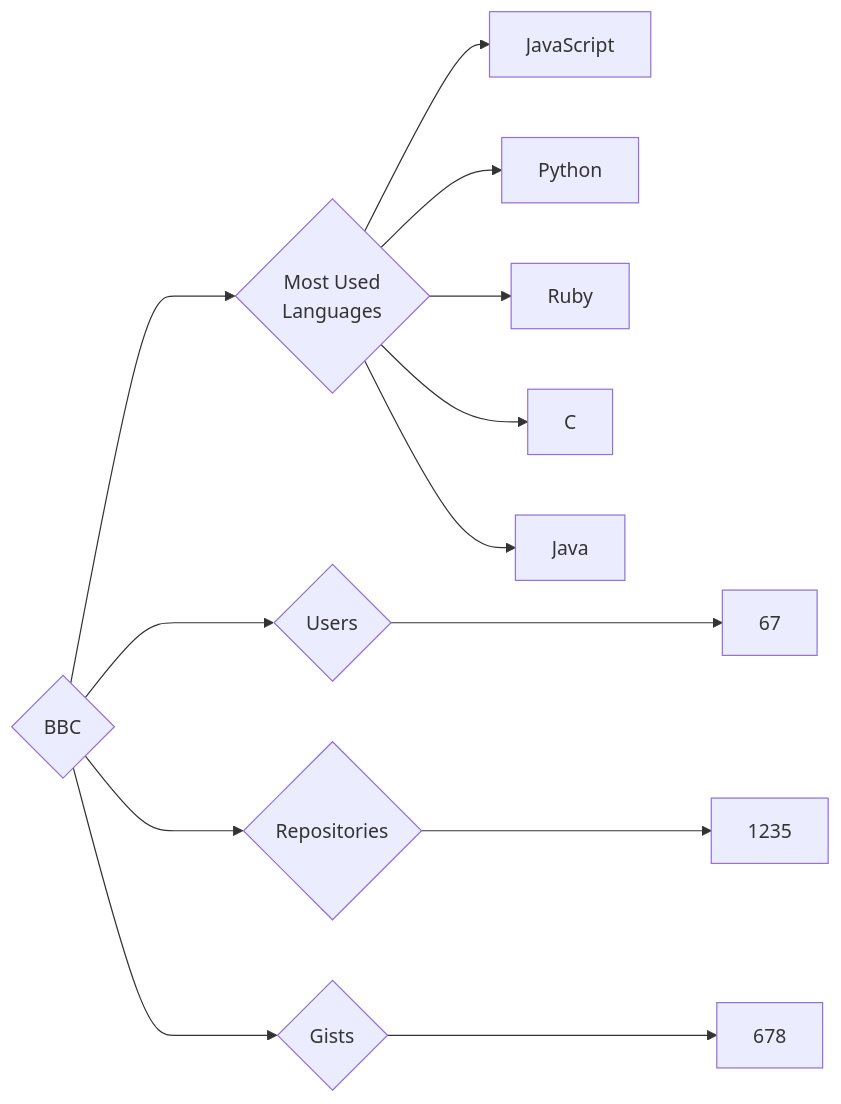
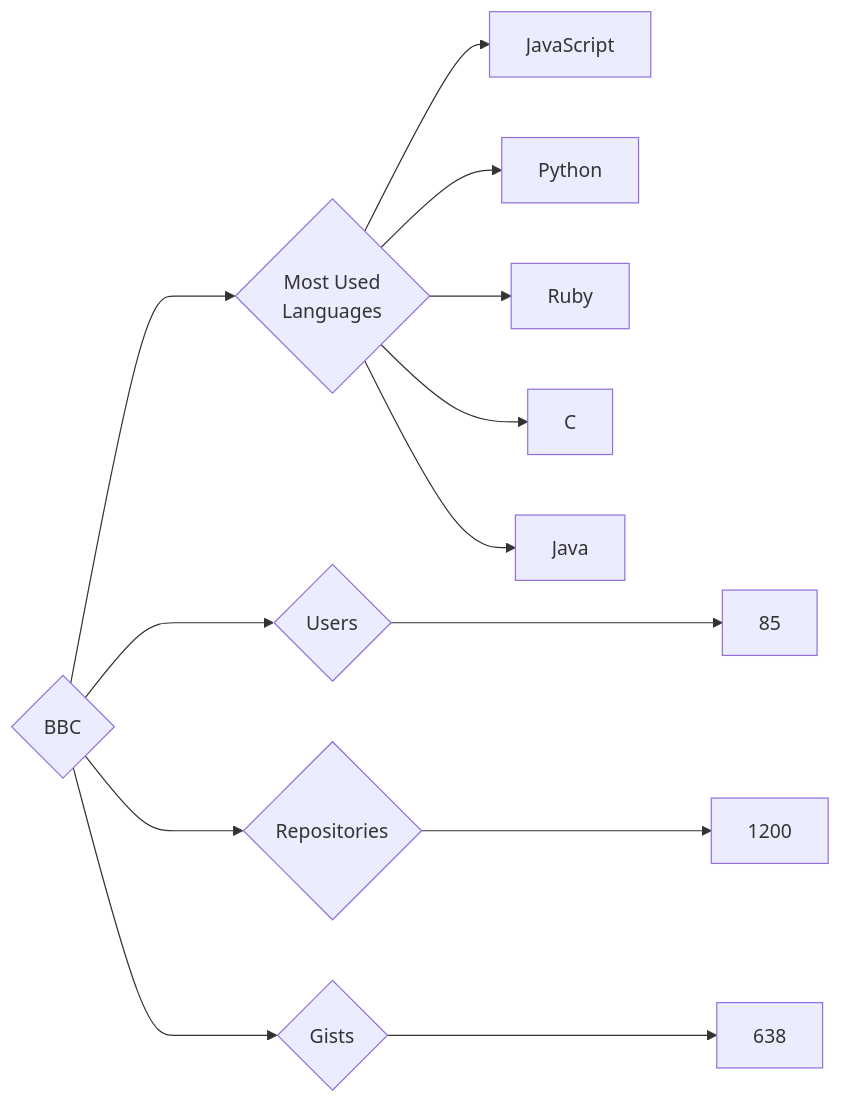
Before and after one commit to trickest/insiders: the diagram in targets/BBC/README.md, drawn with Mermaid. The commit also changed 944 other files, not shown here.

````diff
--- a/targets/BBC/README.md
+++ b/targets/BBC/README.md
@@ -3,13 +3,13 @@
 ```mermaid
 graph LR
 COMPANY_NAME{BBC}
-COMPANY_NAME ---> U{Users} ---> UN[67]
-COMPANY_NAME ---> R{Repositories} ---> RN[1235]
-COMPANY_NAME ---> G{Gists} ---> GN[678]
+COMPANY_NAME ---> U{Users} ---> UN[85]
+COMPANY_NAME ---> R{Repositories} ---> RN[1200]
+COMPANY_NAME ---> G{Gists} ---> GN[638]
 COMPANY_NAME ---> ML{Most Used<br>Languages}
 ML --> JavaScript[JavaScript]
 ML --> Python[Python]
 ML --> Ruby[Ruby]
 ML --> C[C]
 ML --> Java[Java]
 ```
````
